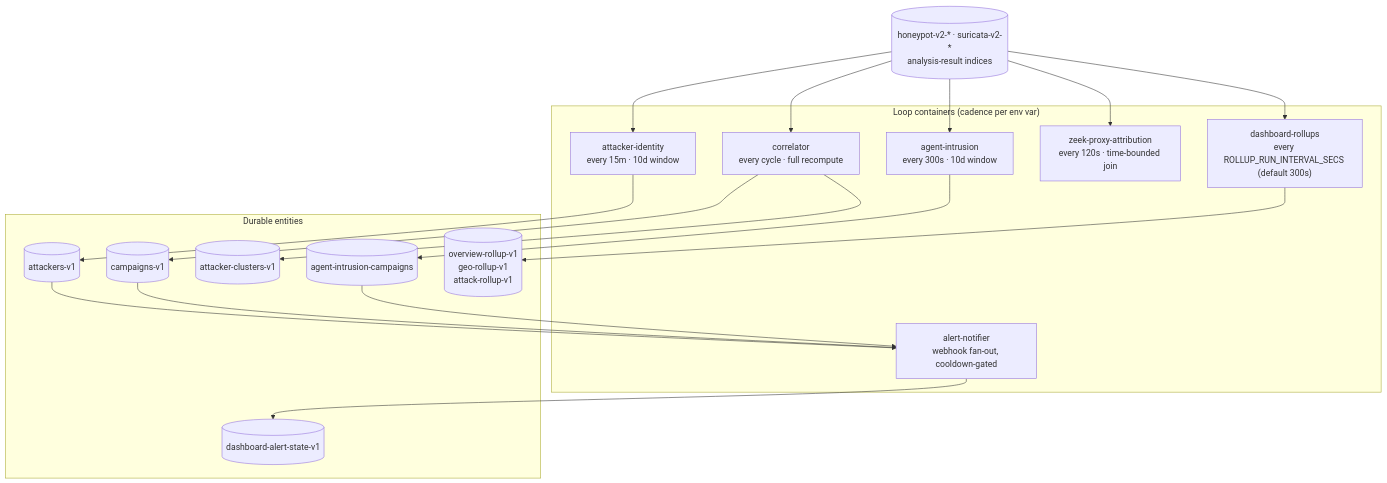
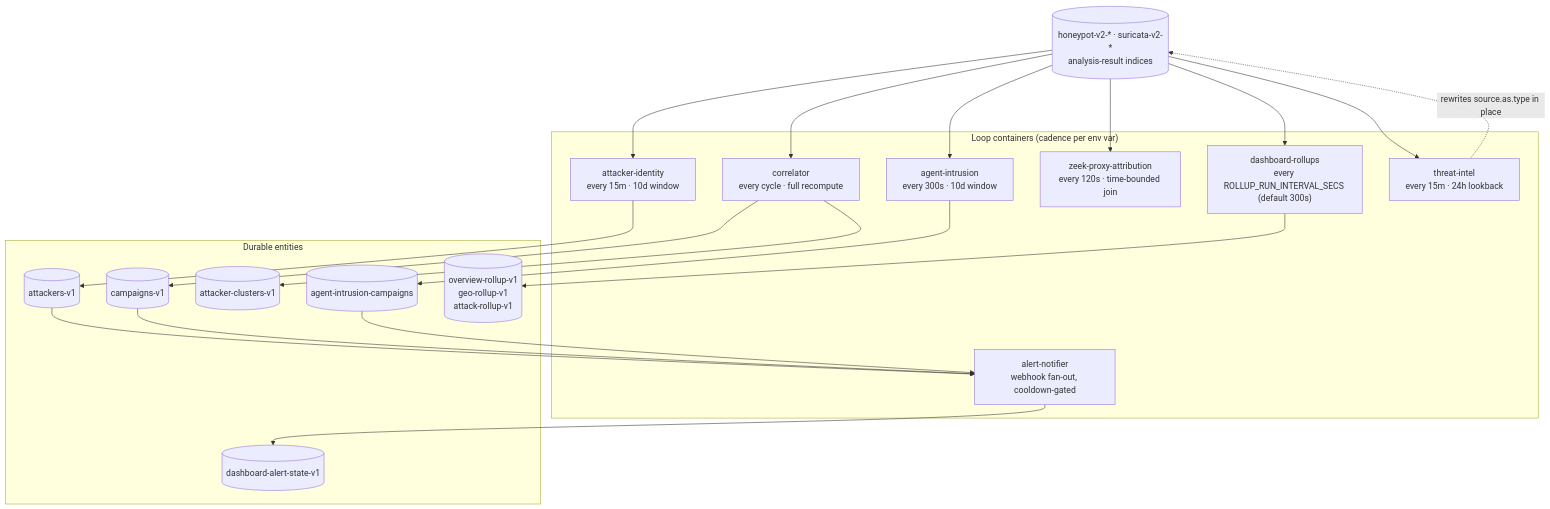
The second of 3 diagrams in docs/PIPELINES.md (Xore/APIARY), drawn with Mermaid before and after one commit. The commit also changed other lines of this file and 84 other files, not shown here.

First line of the commit message:
docs: reconcile 43 markdown files with the current repository state, and gate diagram/link rot (#3398)

````diff
--- a/docs/PIPELINES.md
+++ b/docs/PIPELINES.md
@@ -162,29 +172,32 @@
 ```mermaid
 flowchart TB
   raw[("honeypot-v2-* · suricata-v2-*<br/>analysis-result indices")]
 
   subgraph loops["Loop containers (cadence per env var)"]
     ident["attacker-identity<br/>every 15m · 10d window"]
     corr["correlator<br/>every cycle · full recompute"]
     intr["agent-intrusion<br/>every 300s · 10d window"]
     zpa["zeek-proxy-attribution<br/>every 120s · time-bounded join"]
     alert["alert-notifier<br/>webhook fan-out, cooldown-gated"]
     roll["dashboard-rollups<br/>every ROLLUP_RUN_INTERVAL_SECS (default 300s)"]
+    tint["threat-intel<br/>every 15m · 24h lookback"]
   end
 
   subgraph out["Durable entities"]
     atk[("attackers-v1")]
     cmp[("campaigns-v1")]
     clu[("attacker-clusters-v1")]
     aic[("agent-intrusion-campaigns")]
     st[("dashboard-alert-state-v1")]
     rll[("overview-rollup-v1<br/>geo-rollup-v1<br/>attack-rollup-v1")]
   end
 
   raw --> ident --> atk
   raw --> corr --> cmp & clu
   raw --> intr --> aic
   raw --> zpa
   atk & cmp & aic --> alert --> st
   raw --> roll --> rll
+  raw --> tint
+  tint -.->|"rewrites source.as.type in place"| raw
 ```
````
